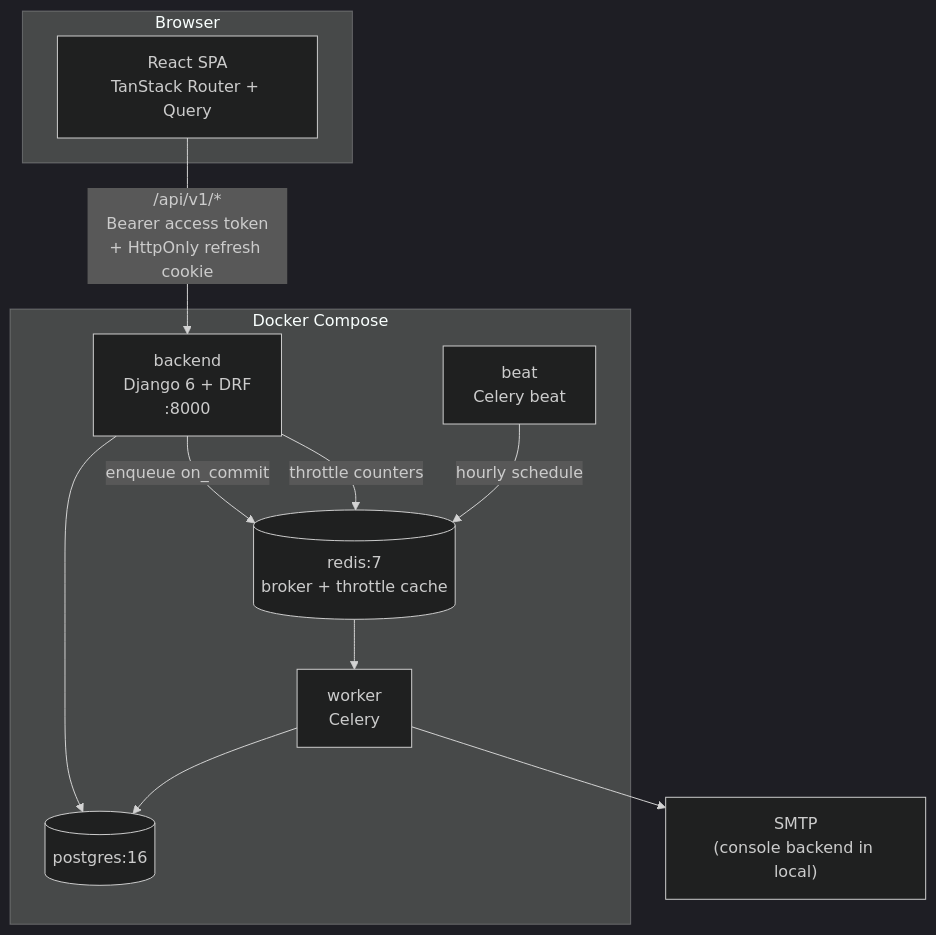
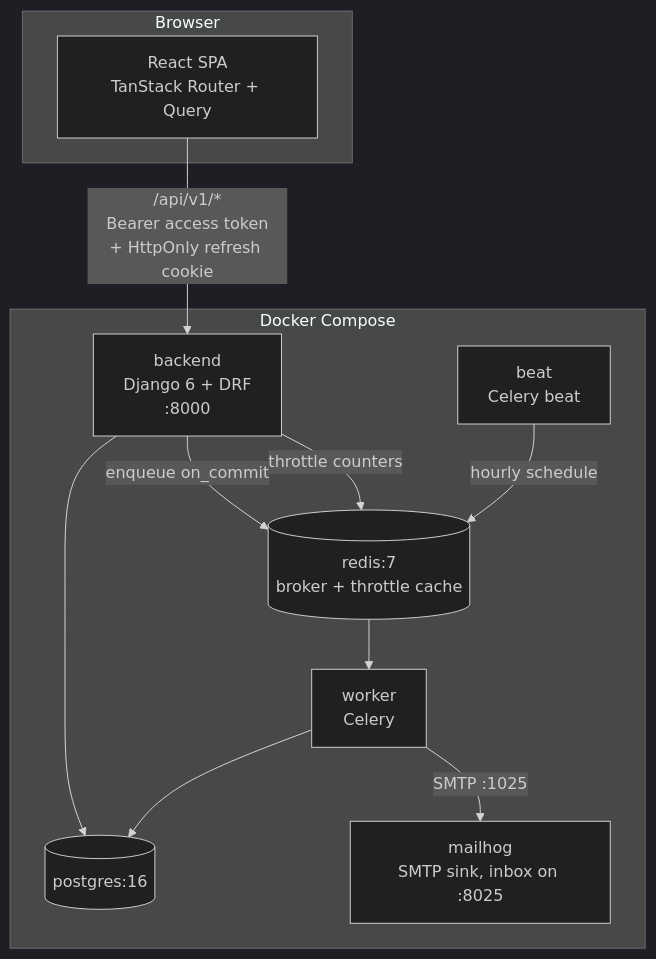
One commit to ivanmviveros/TaskManagementSystem changed the first of 5 diagrams in README.md. Above: the diagram before and after it, drawn with Mermaid (dark theme). The commit also changed other lines of this file and 4 other files, not shown here.

First line of the commit message:
chore: deliver local email to a MailHog container instead of the console

````diff
--- a/README.md
+++ b/README.md
@@ -245,25 +246,24 @@
 ```mermaid
 graph TB
     subgraph browser["Browser"]
         UI["React SPA<br/>TanStack Router + Query"]
     end
 
     subgraph compose["Docker Compose"]
         API["backend<br/>Django 6 + DRF<br/>:8000"]
         WORKER["worker<br/>Celery"]
         BEAT["beat<br/>Celery beat"]
         REDIS[("redis:7<br/>broker + throttle cache")]
         DB[("postgres:16")]
+        MAILHOG["mailhog<br/>SMTP sink, inbox on :8025"]
     end
-
-    SMTP["SMTP<br/>(console backend in local)"]
 
     UI -->|"/api/v1/*<br/>Bearer access token<br/>+ HttpOnly refresh cookie"| API
     API --> DB
     API -->|"enqueue on_commit"| REDIS
     API -->|"throttle counters"| REDIS
     BEAT -->|"hourly schedule"| REDIS
     REDIS --> WORKER
     WORKER --> DB
-    WORKER --> SMTP
+    WORKER -->|"SMTP :1025"| MAILHOG
 ```
````
